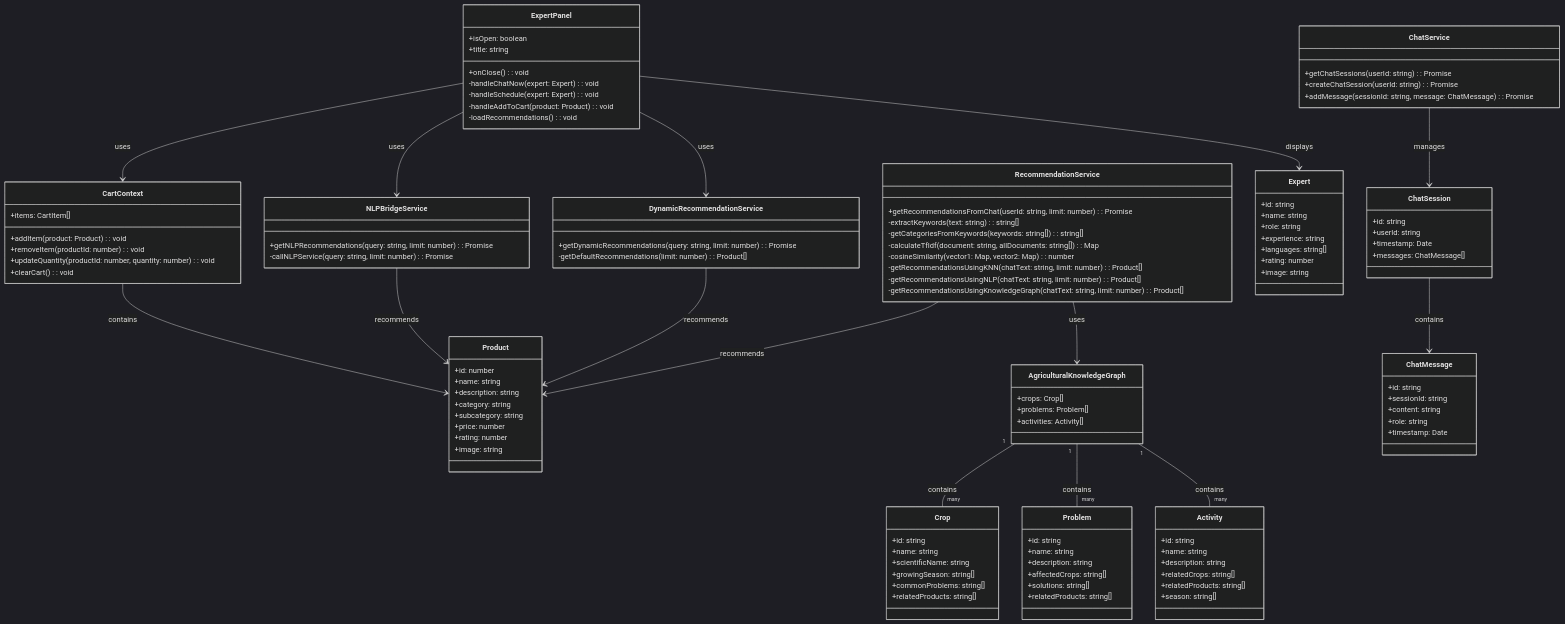
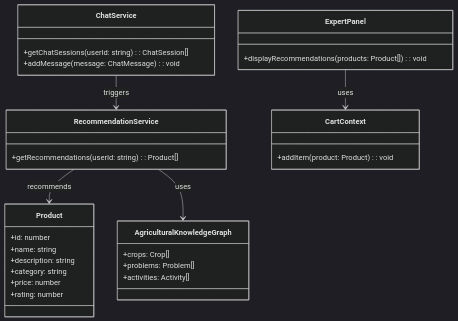
One commit to Gauravkrsah/Cropsay changed the second of 7 diagrams in documentation/digram.md. Above: the diagram before and after it, drawn with Mermaid (dark theme). The commit also changed other lines of this file, not shown here.

Commit message:
Simplify and clean up system diagrams for better readability

````diff
--- a/documentation/digram.md
+++ b/documentation/digram.md
@@ -193,10 +87,8 @@
         +name: string
         +description: string
         +category: string
-        +subcategory: string
         +price: number
         +rating: number
-        +image: string
     }
     
     class AgriculturalKnowledgeGraph {
@@ -205,119 +97,25 @@
         +activities: Activity[]
     }
     
-    class Crop {
-        +id: string
-        +name: string
-        +scientificName: string
-        +growingSeason: string[]
-        +commonProblems: string[]
-        +relatedProducts: string[]
-    }
-    
-    class Problem {
-        +id: string
-        +name: string
-        +description: string
-        +affectedCrops: string[]
-        +solutions: string[]
-        +relatedProducts: string[]
-    }
-    
-    class Activity {
-        +id: string
-        +name: string
-        +description: string
-        +relatedCrops: string[]
-        +relatedProducts: string[]
-        +season: string[]
-    }
-    
     class RecommendationService {
-        +getRecommendationsFromChat(userId: string, limit: number): Promise<Product[]>
-        -extractKeywords(text: string): string[]
-        -getCategoriesFromKeywords(keywords: string[]): string[]
-        -calculateTfIdf(document: string, allDocuments: string[]): Map<string, number>
-        -cosineSimilarity(vector1: Map<string, number>, vector2: Map<string, number>): number
-        -getRecommendationsUsingKNN(chatText: string, limit: number): Product[]
-        -getRecommendationsUsingNLP(chatText: string, limit: number): Product[]
-        -getRecommendationsUsingKnowledgeGraph(chatText: string, limit: number): Product[]
-    }
-    
-    class DynamicRecommendationService {
-        +getDynamicRecommendations(query: string, limit: number): Promise<Product[]>
-        -getDefaultRecommendations(limit: number): Product[]
-    }
-    
-    class NLPBridgeService {
-        +getNLPRecommendations(query: string, limit: number): Promise<Product[]>
-        -callNLPService(query: string, limit: number): Promise<RecommendationResponse>
+        +getRecommendations(userId: string): Product[]
     }
     
     class ChatService {
-        +getChatSessions(userId: string): Promise<ChatSession[]>
-        +createChatSession(userId: string): Promise<ChatSession>
-        +addMessage(sessionId: string, message: ChatMessage): Promise<void>
+        +getChatSessions(userId: string): ChatSession[]
+        +addMessage(message: ChatMessage): void
+    }
+    
+    class ExpertPanel {
+        +displayRecommendations(products: Product[]): void
     }
     
     class CartContext {
-        +items: CartItem[]
         +addItem(product: Product): void
-        +removeItem(productId: number): void
-        +updateQuantity(productId: number, quantity: number): void
-        +clearCart(): void
     }
-    
-    class ExpertPanel {
-        +isOpen: boolean
-        +title: string
-        +onClose(): void
-        -handleChatNow(expert: Expert): void
-        -handleSchedule(expert: Expert): void
-        -handleAddToCart(product: Product): void
-        -loadRecommendations(): void
-    }
-    
-    class Expert {
-        +id: string
-        +name: string
-        +role: string
-        +experience: string
-        +languages: string[]
-        +rating: number
-        +image: string
-    }
-    
-    class ChatSession {
-        +id: string
-        +userId: string
-        +timestamp: Date
-        +messages: ChatMessage[]
-    }
-    
-    class ChatMessage {
-        +id: string
-        +sessionId: string
-        +content: string
-        +role: string
-        +timestamp: Date
-    }
-    
-    AgriculturalKnowledgeGraph "1" -- "many" Crop: contains
-    AgriculturalKnowledgeGraph "1" -- "many" Problem: contains
-    AgriculturalKnowledgeGraph "1" -- "many" Activity: contains
     
     RecommendationService --> Product: recommends
     RecommendationService --> AgriculturalKnowledgeGraph: uses
-    DynamicRecommendationService --> Product: recommends
-    NLPBridgeService --> Product: recommends
-    
-    ExpertPanel --> Expert: displays
     ExpertPanel --> CartContext: uses
-    ExpertPanel --> DynamicRecommendationService: uses
-    ExpertPanel --> NLPBridgeService: uses
-    
-    ChatService --> ChatSession: manages
-    ChatSession --> ChatMessage: contains
-    
-    CartContext --> Product: contains
+    ChatService --> RecommendationService: triggers
 ```
````
